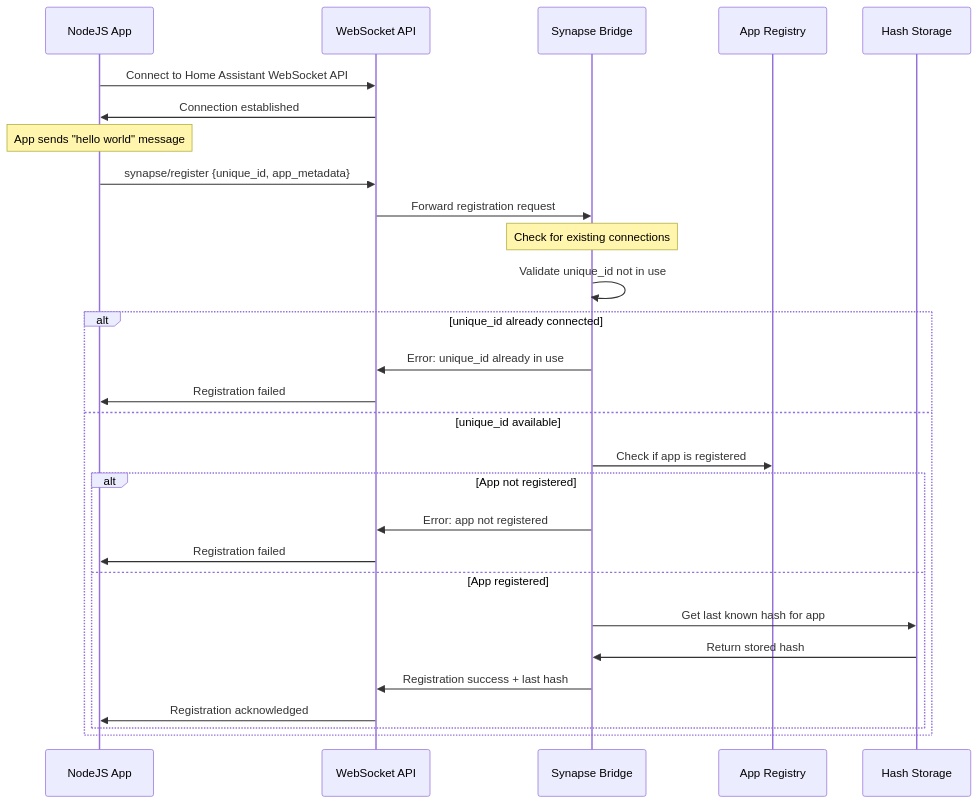
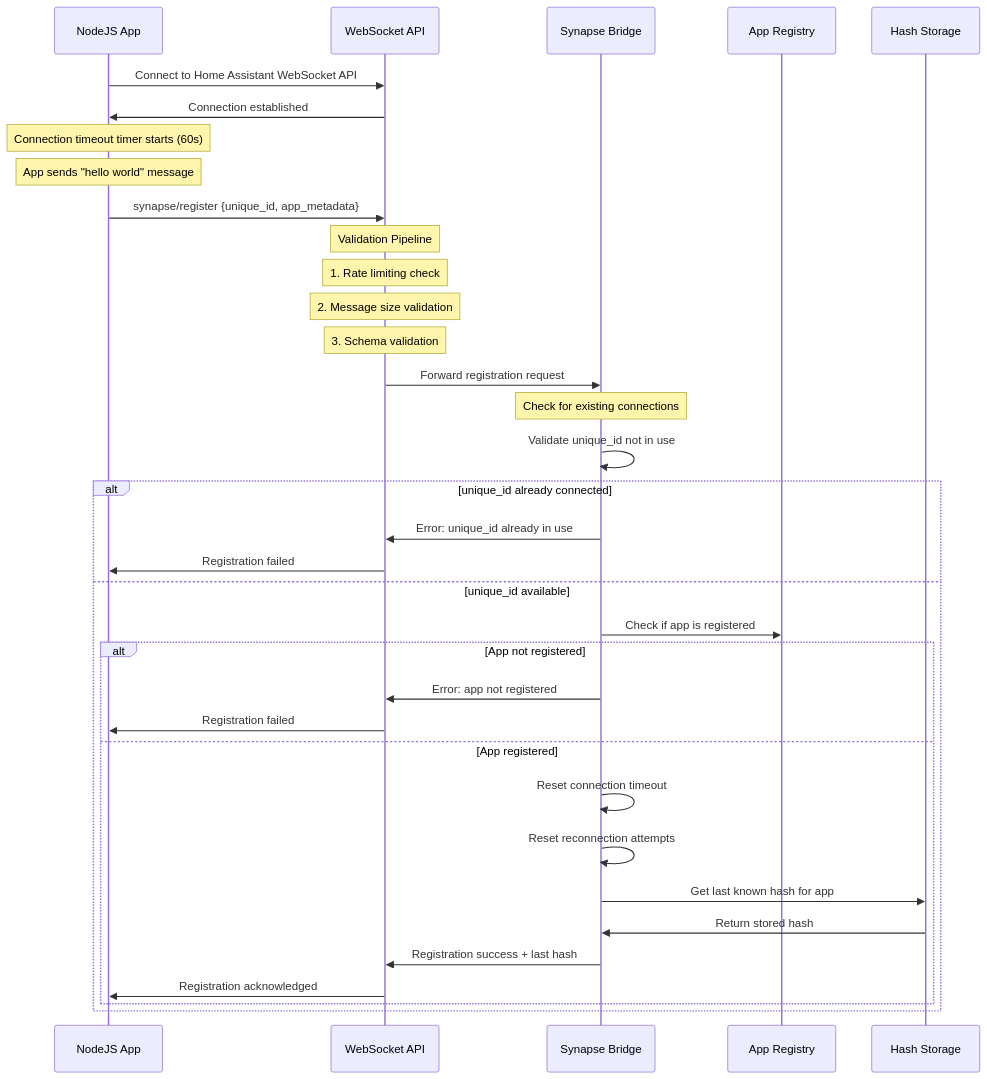
The second of 11 diagrams in notes/comms-workflow.md (Digital-Alchemy-TS/synapse-extension), drawn with Mermaid before and after one commit. The commit also changed other lines of this file and 6 other files, not shown here.

````diff
--- a/notes/comms-workflow.md
+++ b/notes/comms-workflow.md
@@ -221,33 +221,41 @@
 ```mermaid
 sequenceDiagram
     participant App as NodeJS App
     participant WS as WebSocket API
     participant Bridge as Synapse Bridge
     participant Registry as App Registry
     participant Storage as Hash Storage
 
     App->>WS: Connect to Home Assistant WebSocket API
     WS->>App: Connection established
 
+    Note over App: Connection timeout timer starts (60s)
     Note over App: App sends "hello world" message
     App->>WS: synapse/register {unique_id, app_metadata}
+
+    Note over WS: Validation Pipeline
+    Note over WS: 1. Rate limiting check
+    Note over WS: 2. Message size validation
+    Note over WS: 3. Schema validation
     WS->>Bridge: Forward registration request
 
     Note over Bridge: Check for existing connections
     Bridge->>Bridge: Validate unique_id not in use
     alt unique_id already connected
         Bridge->>WS: Error: unique_id already in use
         WS->>App: Registration failed
     else unique_id available
         Bridge->>Registry: Check if app is registered
         alt App not registered
             Bridge->>WS: Error: app not registered
             WS->>App: Registration failed
         else App registered
+            Bridge->>Bridge: Reset connection timeout
+            Bridge->>Bridge: Reset reconnection attempts
             Bridge->>Storage: Get last known hash for app
             Storage->>Bridge: Return stored hash
             Bridge->>WS: Registration success + last hash
             WS->>App: Registration acknowledged
         end
     end
 ```
````
